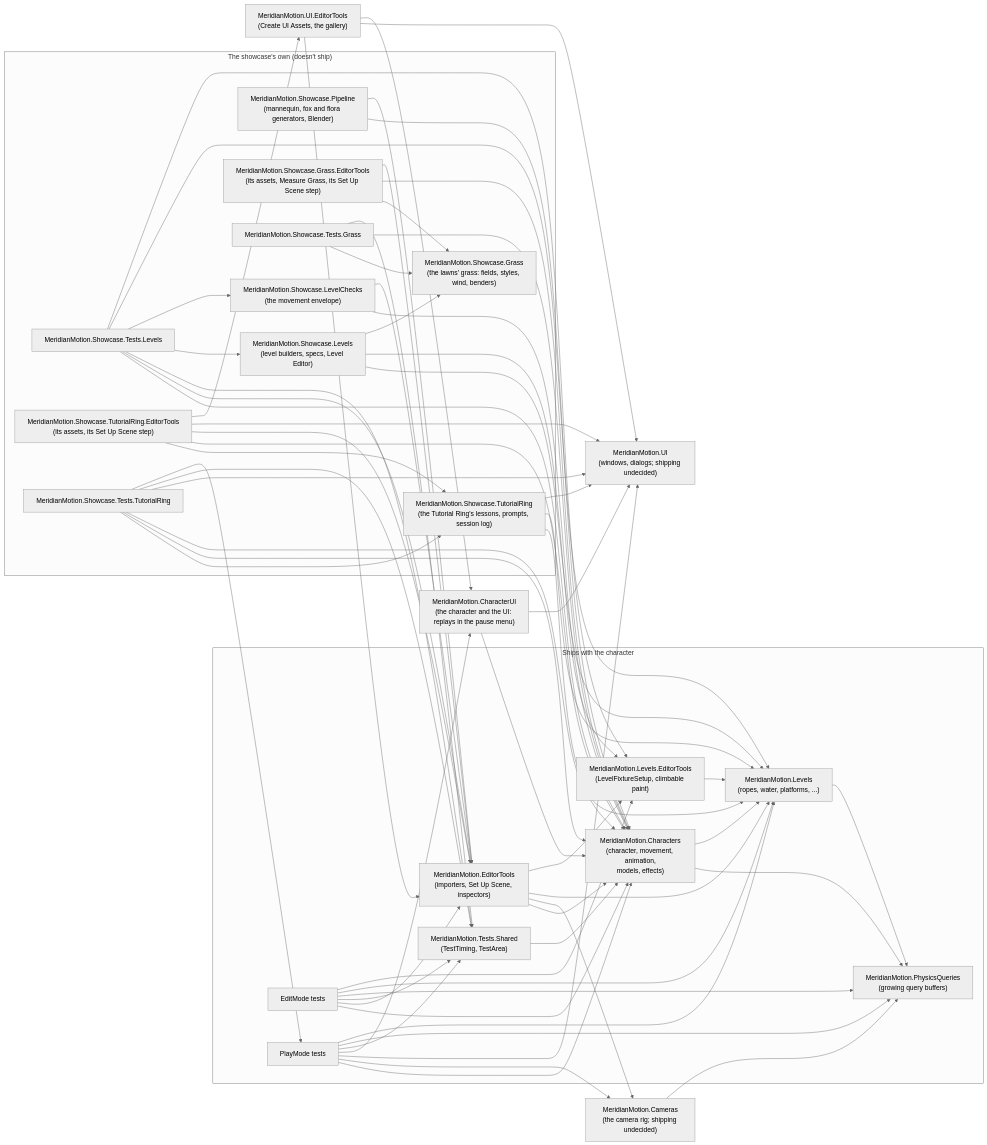
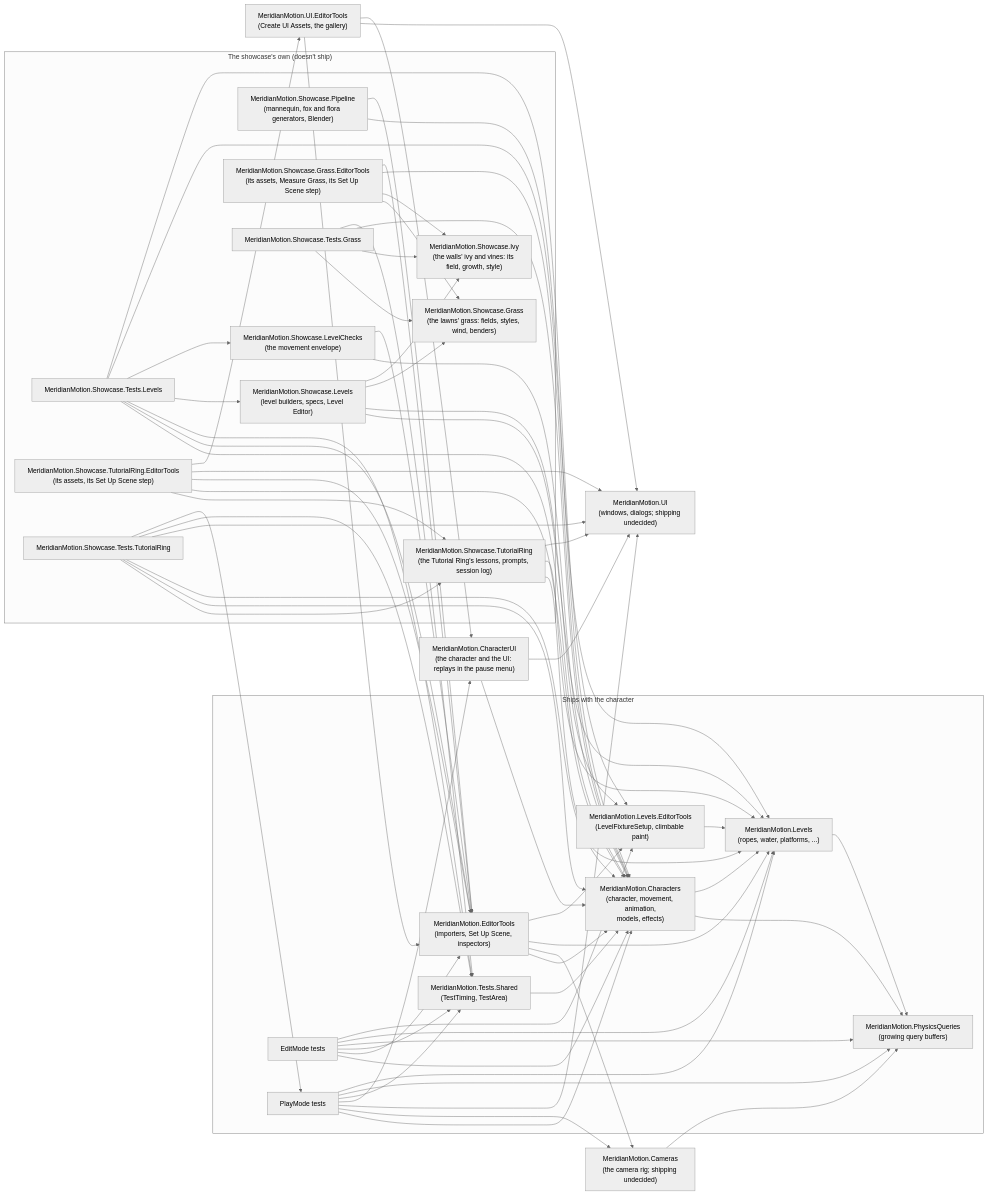
One commit to HOMMUSVAMPIRE/Character-Showcase changed the second of 2 diagrams in docs/architecture.md. Above: the diagram before and after it, drawn with Mermaid (neutral theme). The commit also changed other lines of this file and 166 other files, not shown here.

````diff
--- a/docs/architecture.md
+++ b/docs/architecture.md
@@ -83,6 +83,7 @@
         Grass["MeridianMotion.Showcase.Grass<br/>(the lawns' grass: fields, styles, wind, benders)"]
         GrassEditor["MeridianMotion.Showcase.Grass.EditorTools<br/>(its assets, Measure Grass, its Set Up Scene step)"]
         GrassTests["MeridianMotion.Showcase.Tests.Grass"]
+        Ivy["MeridianMotion.Showcase.Ivy<br/>(the walls' ivy and vines: its field, growth, style)"]
     end
     Showcase --> Queries
     Showcase --> Elements
@@ -140,10 +141,13 @@
     TutorialTests --> Shared
     TutorialTests --> PlayTests
     LevelEditor --> Grass
+    LevelEditor --> Ivy
     GrassEditor --> Grass
+    GrassEditor --> Ivy
     GrassEditor --> Showcase
     GrassEditor --> Editor
     GrassTests --> Grass
+    GrassTests --> Ivy
     GrassTests --> Showcase
     GrassTests --> Shared
 ```
````
